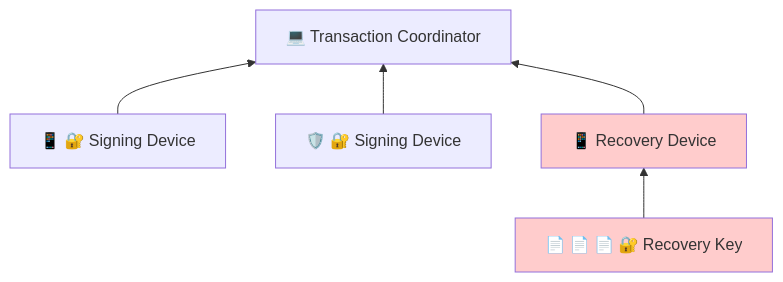
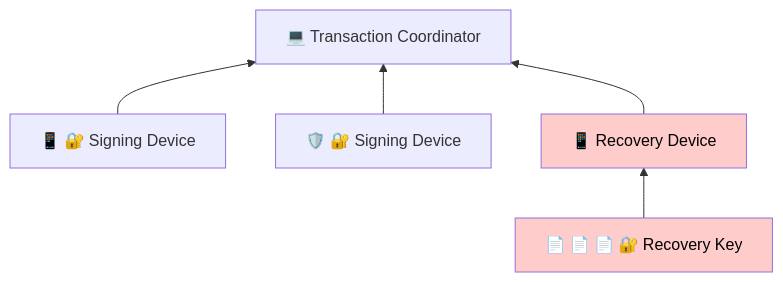
Before and after one commit to BlockchainCommons/SmartCustody: the first of 26 diagrams in Docs/Scenario-Multisig.md, drawn with Mermaid.

````diff
--- a/Docs/Scenario-Multisig.md
+++ b/Docs/Scenario-Multisig.md
@@ -18,15 +18,15 @@
 ```mermaid
     graph BT;
     A["💻 Transaction Coordinator"]
     B["📱 🔐 Signing Device"]
     C["🛡️ 🔐 Signing Device"]
     D["📱 Recovery Device"]
     E["📄 📄 📄 🔐 Recovery Key"]
     B-->A;
     C-->A;
     D-->A;
     E-->D;
     
-style D fill:#ffcccc;
-style E fill:#ffcccc;
+style D color:#000,fill:#ffcccc;
+style E color:#000,fill:#ffcccc;
 ```
````
